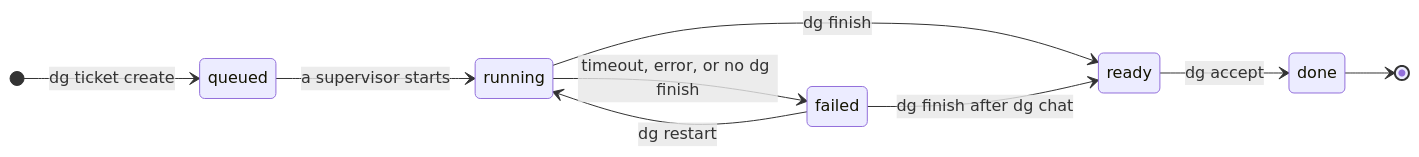
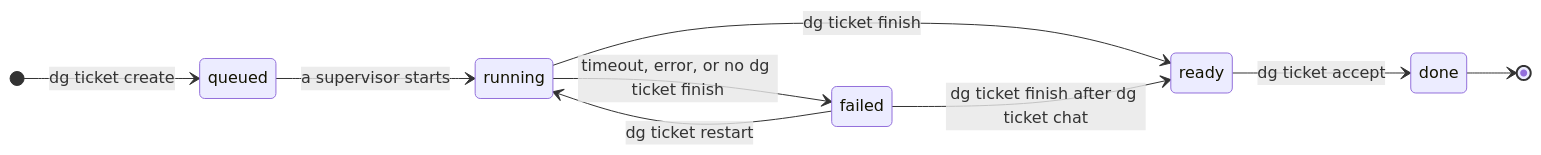
Before and after one commit to alcubie/delegator: the diagram in docs/TECHNICAL_DESIGN.md, drawn with Mermaid. The commit also changed other lines of this file and 14 other files, not shown here.

````diff
--- a/docs/TECHNICAL_DESIGN.md
+++ b/docs/TECHNICAL_DESIGN.md
@@ -555,12 +555,12 @@
 ```mermaid
 stateDiagram-v2
     direction LR
     [*] --> queued: dg ticket create
     queued --> running: a supervisor starts
-    running --> ready: dg finish
-    running --> failed: timeout, error, or no dg finish
-    failed --> running: dg restart
-    failed --> ready: dg finish after dg chat
-    ready --> done: dg accept
+    running --> ready: dg ticket finish
+    running --> failed: timeout, error, or no dg ticket finish
+    failed --> running: dg ticket restart
+    failed --> ready: dg ticket finish after dg ticket chat
+    ready --> done: dg ticket accept
     done --> [*]
 ```
````
